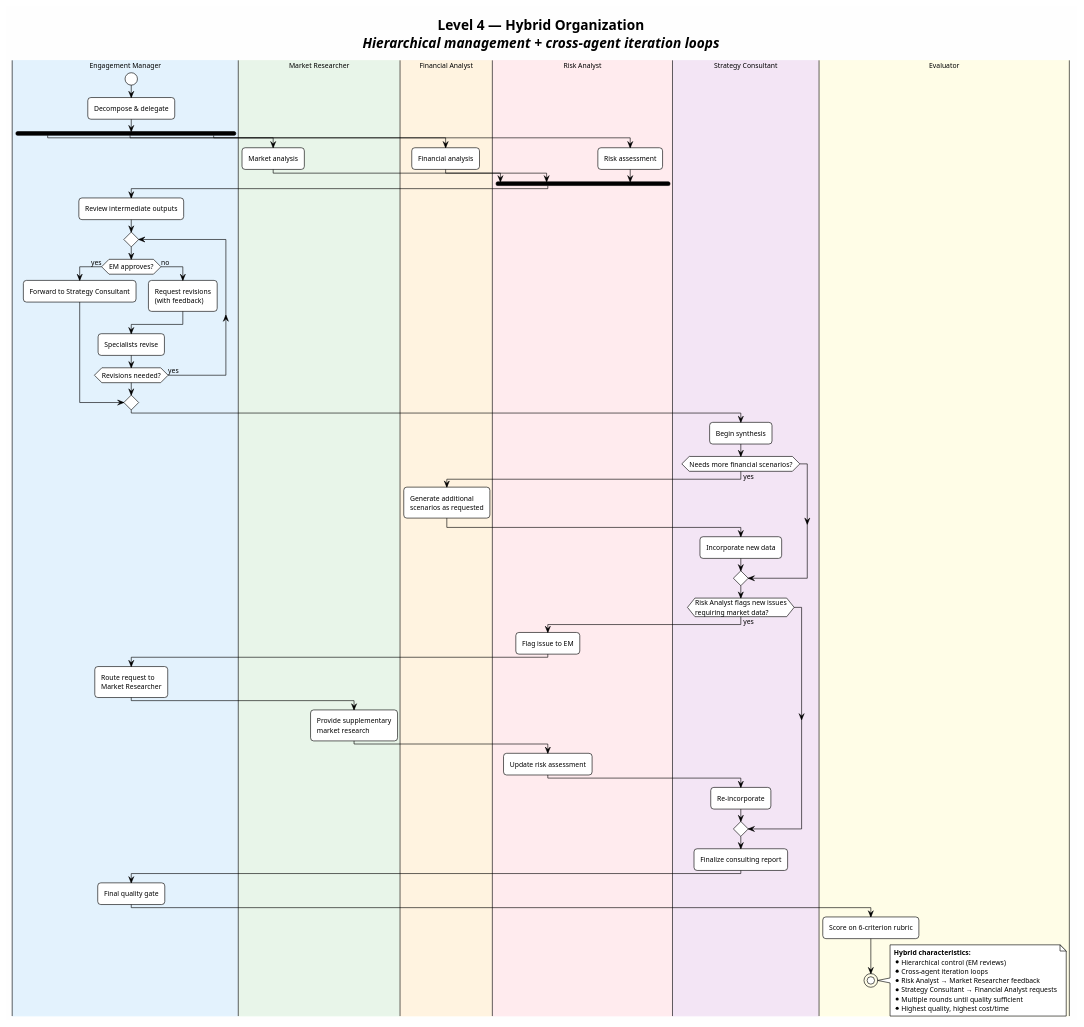
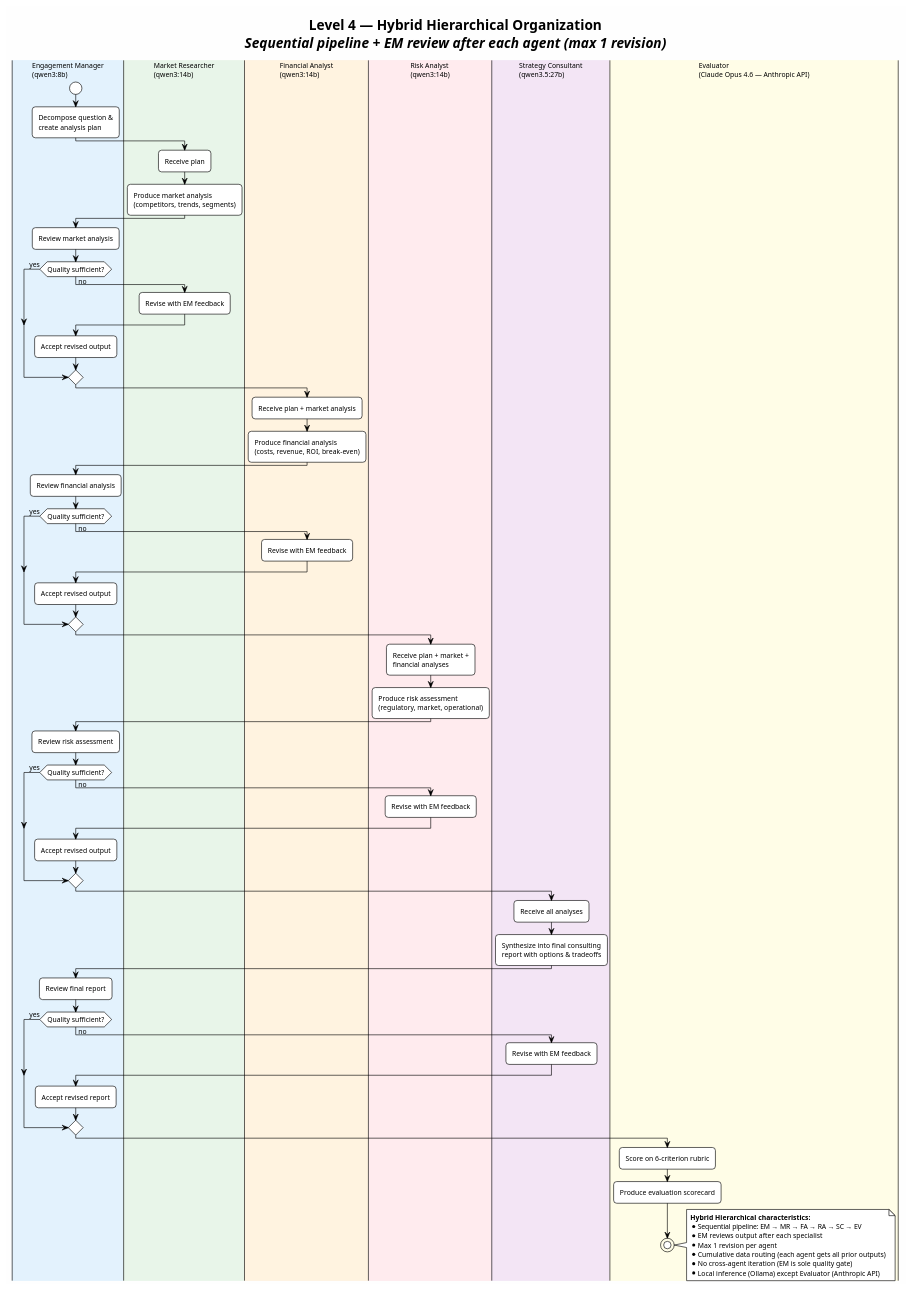
Before and after one commit to GeorgePetre11/Design-Implementation-and-Monitoring-of-Heterogenous-Agent-Organizations: the diagram in Diagrams/requirements/08_level4_hybrid.puml, drawn with PlantUML. The commit also changed 36 other files, not shown here.

```diff
--- a/Diagrams/requirements/08_level4_hybrid.puml
+++ b/Diagrams/requirements/08_level4_hybrid.puml
@@ -1,82 +1,86 @@
 @startuml level4_hybrid
 !theme plain
 skinparam backgroundColor #FEFEFE
 skinparam defaultFontName "Segoe UI"
 skinparam defaultFontSize 11
 skinparam shadowing false
 skinparam roundCorner 10
 
-title **Level 4 — Hybrid Organization**\n//Hierarchical management + cross-agent iteration loops//
+title **Level 4 — Hybrid Hierarchical Organization**\n//Sequential pipeline + EM review after each agent (max 1 revision)//
 
-|#E3F2FD|Engagement Manager|
+|#E3F2FD|Engagement Manager\n(qwen3:8b)|
 start
-:Decompose & delegate;
+:Decompose question &\ncreate analysis plan;
 
-fork
-  |#E8F5E9|Market Researcher|
-  :Market analysis;
-fork again
-  |#FFF3E0|Financial Analyst|
-  :Financial analysis;
-fork again
-  |#FFEBEE|Risk Analyst|
-  :Risk assessment;
-end fork
+|#E8F5E9|Market Researcher\n(qwen3:14b)|
+:Receive plan;
+:Produce market analysis\n(competitors, trends, segments);
 
-|#E3F2FD|Engagement Manager|
-:Review intermediate outputs;
-
-repeat
-  if (EM approves?) then (yes)
-    :Forward to Strategy Consultant;
-    break
-  else (no)
-    :Request revisions\n(with feedback);
-  endif
-  :Specialists revise;
-repeat while (Revisions needed?) is (yes)
-
-|#F3E5F5|Strategy Consultant|
-:Begin synthesis;
-
-if (Needs more financial scenarios?) then (yes)
-  |#FFF3E0|Financial Analyst|
-  :Generate additional\nscenarios as requested;
-  |#F3E5F5|Strategy Consultant|
-  :Incorporate new data;
+|#E3F2FD|Engagement Manager\n(qwen3:8b)|
+:Review market analysis;
+if (Quality sufficient?) then (yes)
+else (no)
+  |#E8F5E9|Market Researcher\n(qwen3:14b)|
+  :Revise with EM feedback;
+  |#E3F2FD|Engagement Manager\n(qwen3:8b)|
+  :Accept revised output;
 endif
 
-if (Risk Analyst flags new issues\nrequiring market data?) then (yes)
-  |#FFEBEE|Risk Analyst|
-  :Flag issue to EM;
-  |#E3F2FD|Engagement Manager|
-  :Route request to\nMarket Researcher;
-  |#E8F5E9|Market Researcher|
-  :Provide supplementary\nmarket research;
-  |#FFEBEE|Risk Analyst|
-  :Update risk assessment;
-  |#F3E5F5|Strategy Consultant|
-  :Re-incorporate;
+|#FFF3E0|Financial Analyst\n(qwen3:14b)|
+:Receive plan + market analysis;
+:Produce financial analysis\n(costs, revenue, ROI, break-even);
+
+|#E3F2FD|Engagement Manager\n(qwen3:8b)|
+:Review financial analysis;
+if (Quality sufficient?) then (yes)
+else (no)
+  |#FFF3E0|Financial Analyst\n(qwen3:14b)|
+  :Revise with EM feedback;
+  |#E3F2FD|Engagement Manager\n(qwen3:8b)|
+  :Accept revised output;
 endif
 
-|#F3E5F5|Strategy Consultant|
-:Finalize consulting report;
+|#FFEBEE|Risk Analyst\n(qwen3:14b)|
+:Receive plan + market +\nfinancial analyses;
+:Produce risk assessment\n(regulatory, market, operational);
 
-|#E3F2FD|Engagement Manager|
-:Final quality gate;
+|#E3F2FD|Engagement Manager\n(qwen3:8b)|
+:Review risk assessment;
+if (Quality sufficient?) then (yes)
+else (no)
+  |#FFEBEE|Risk Analyst\n(qwen3:14b)|
+  :Revise with EM feedback;
+  |#E3F2FD|Engagement Manager\n(qwen3:8b)|
+  :Accept revised output;
+endif
 
-|#FFFDE7|Evaluator|
+|#F3E5F5|Strategy Consultant\n(qwen3.5:27b)|
+:Receive all analyses;
+:Synthesize into final consulting\nreport with options & tradeoffs;
+
+|#E3F2FD|Engagement Manager\n(qwen3:8b)|
+:Review final report;
+if (Quality sufficient?) then (yes)
+else (no)
+  |#F3E5F5|Strategy Consultant\n(qwen3.5:27b)|
+  :Revise with EM feedback;
+  |#E3F2FD|Engagement Manager\n(qwen3:8b)|
+  :Accept revised report;
+endif
+
+|#FFFDE7|Evaluator\n(Claude Opus 4.6 — Anthropic API)|
 :Score on 6-criterion rubric;
+:Produce evaluation scorecard;
 stop
 
 note right
-  **Hybrid characteristics:**
-  * Hierarchical control (EM reviews)
-  * Cross-agent iteration loops
-  * Risk Analyst → Market Researcher feedback
-  * Strategy Consultant → Financial Analyst requests
-  * Multiple rounds until quality sufficient
-  * Highest quality, highest cost/time
+  **Hybrid Hierarchical characteristics:**
+  * Sequential pipeline: EM → MR → FA → RA → SC → EV
+  * EM reviews output after each specialist
+  * Max 1 revision per agent
+  * Cumulative data routing (each agent gets all prior outputs)
+  * No cross-agent iteration (EM is sole quality gate)
+  * Local inference (Ollama) except Evaluator (Anthropic API)
 end note
 
 @enduml
```
